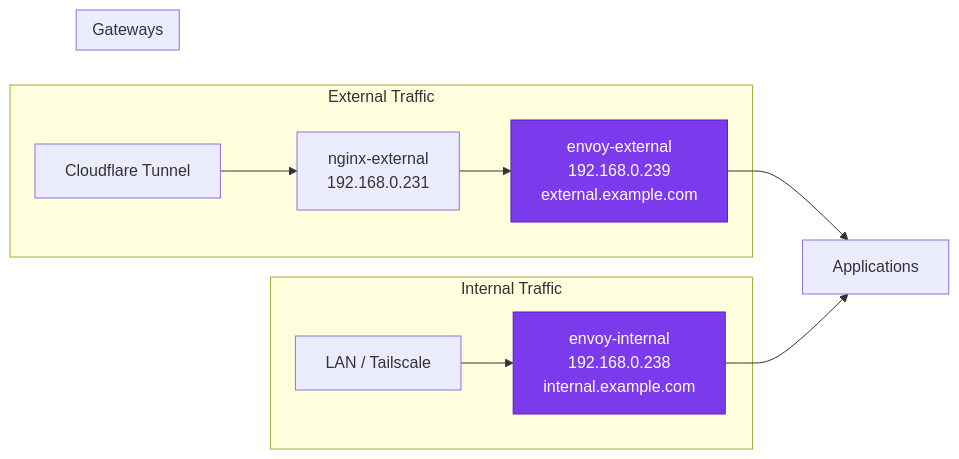
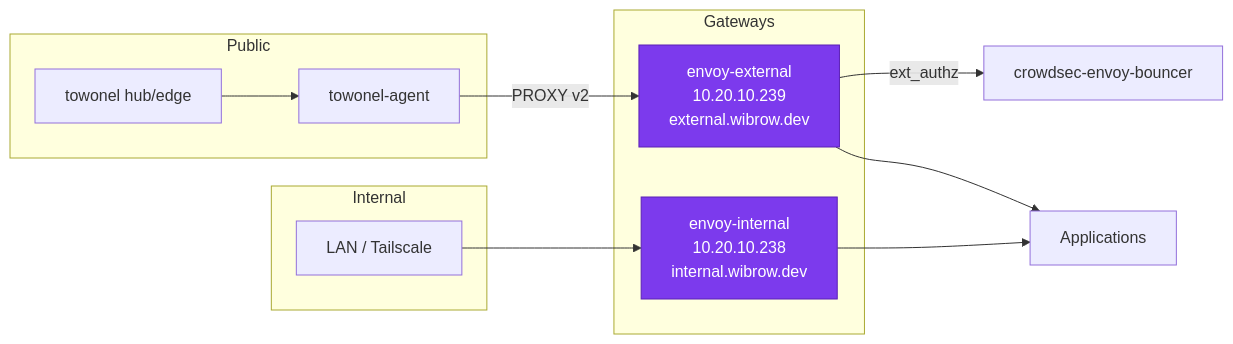
One commit to swibrow/home-ops changed the diagram in docs/networking/envoy-gateway.md. Above: the diagram before and after it, drawn with Mermaid. The commit also changed other lines of this file and 105 other files, not shown here.

````diff
--- a/docs/networking/envoy-gateway.md
+++ b/docs/networking/envoy-gateway.md
@@ -11,22 +13,25 @@
 ```mermaid
 flowchart LR
-    subgraph External Traffic
-        CF[Cloudflare Tunnel] --> NX[nginx-external<br/>192.168.0.231]
-        NX --> EE
+    subgraph Public
+        Hub[towonel hub/edge] --> TA[towonel-agent]
     end
 
-    subgraph Internal Traffic
-        LAN[LAN / Tailscale] --> EI
+    subgraph Internal
+        LAN[LAN / Tailscale]
     end
 
+    TA -->|"PROXY v2"| EE
+    LAN --> EI
+
     subgraph Gateways
-        EE[envoy-external<br/>192.168.0.239<br/>external.example.com]
-        EI[envoy-internal<br/>192.168.0.238<br/>internal.example.com]
+        EE[envoy-external<br/>10.20.10.239<br/>external.wibrow.dev]
+        EI[envoy-internal<br/>10.20.10.238<br/>internal.wibrow.dev]
     end
 
+    EE -->|ext_authz| CS[crowdsec-envoy-bouncer]
     EE --> Apps[Applications]
     EI --> Apps
 
     classDef gw fill:#7c3aed,stroke:#5b21b6,color:#fff
     class EE,EI gw
 ```
````
